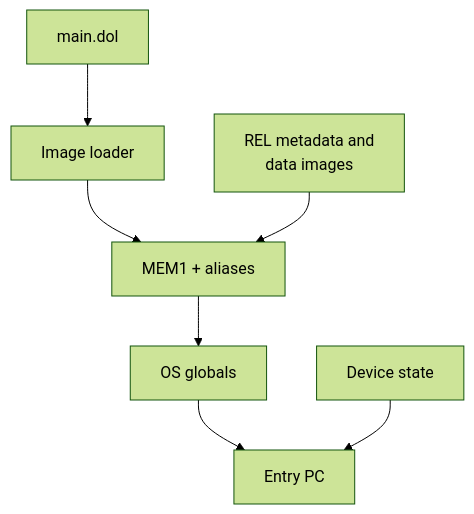
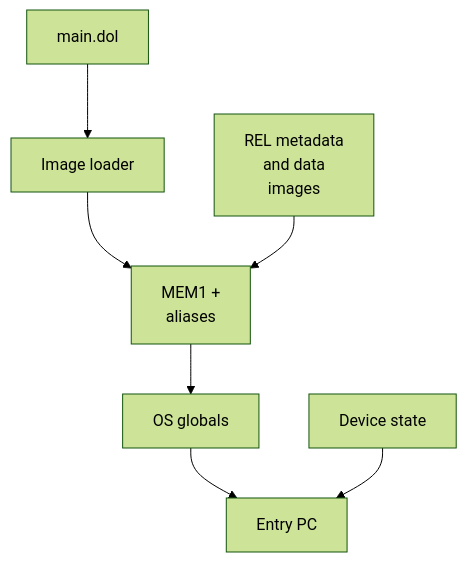
Before and after one commit to Aelbannan/boat_of_daphnes: the diagram in docs/architecture/runtime/GuestState.md, drawn with Mermaid (forest theme). The commit also changed 6 other files, not shown here.

Commit message:
docs: wrap Mermaid labels for GitHub width

````diff
--- a/docs/architecture/runtime/GuestState.md
+++ b/docs/architecture/runtime/GuestState.md
@@ -32,16 +32,18 @@
 ```mermaid
 flowchart TD
     DOL["main.dol"]
-    REL["`REL metadata and
-data images`"]
+    REL["`REL metadata
+and data
+images`"]
     Loader["Image loader"]
-    Memory["MEM1 + aliases"]
+    Memory["`MEM1 +
+aliases`"]
     OS["OS globals"]
     Devices["Device state"]
     PC["Entry PC"]
 
     DOL --> Loader --> Memory
     REL --> Memory
     Memory --> OS --> PC
     Devices --> PC
 ```
````
